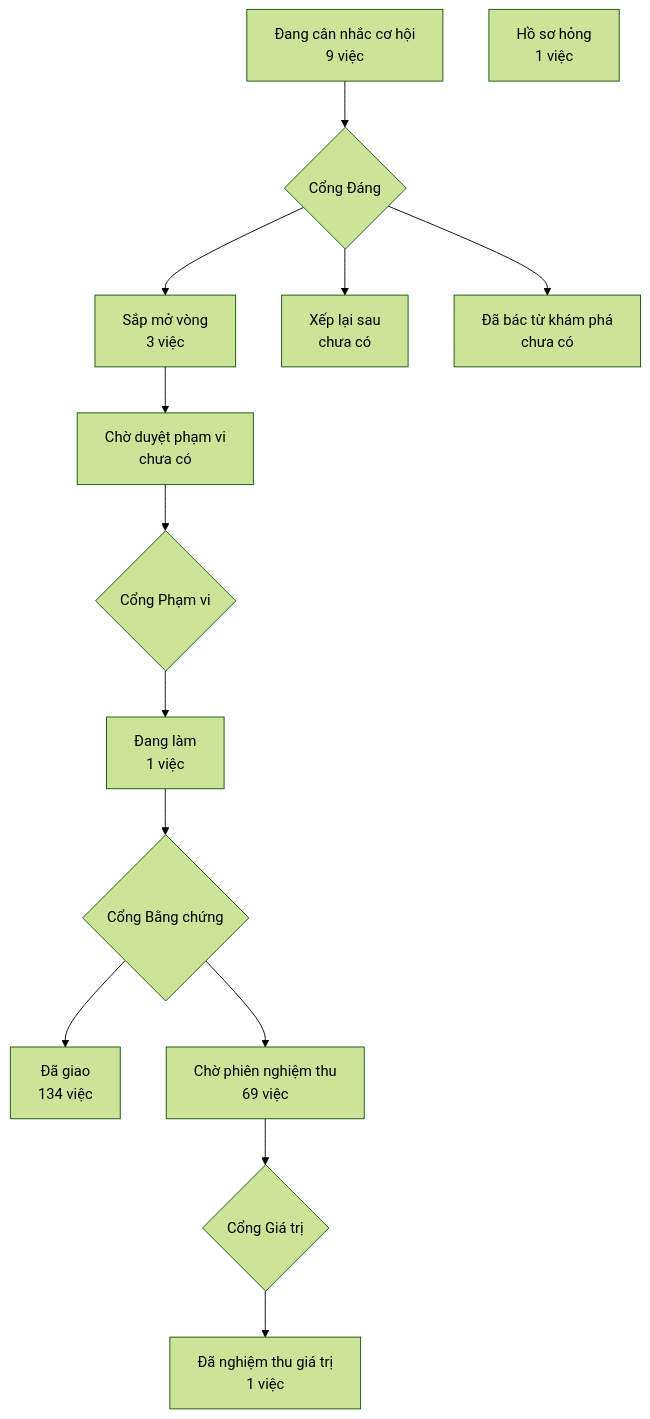
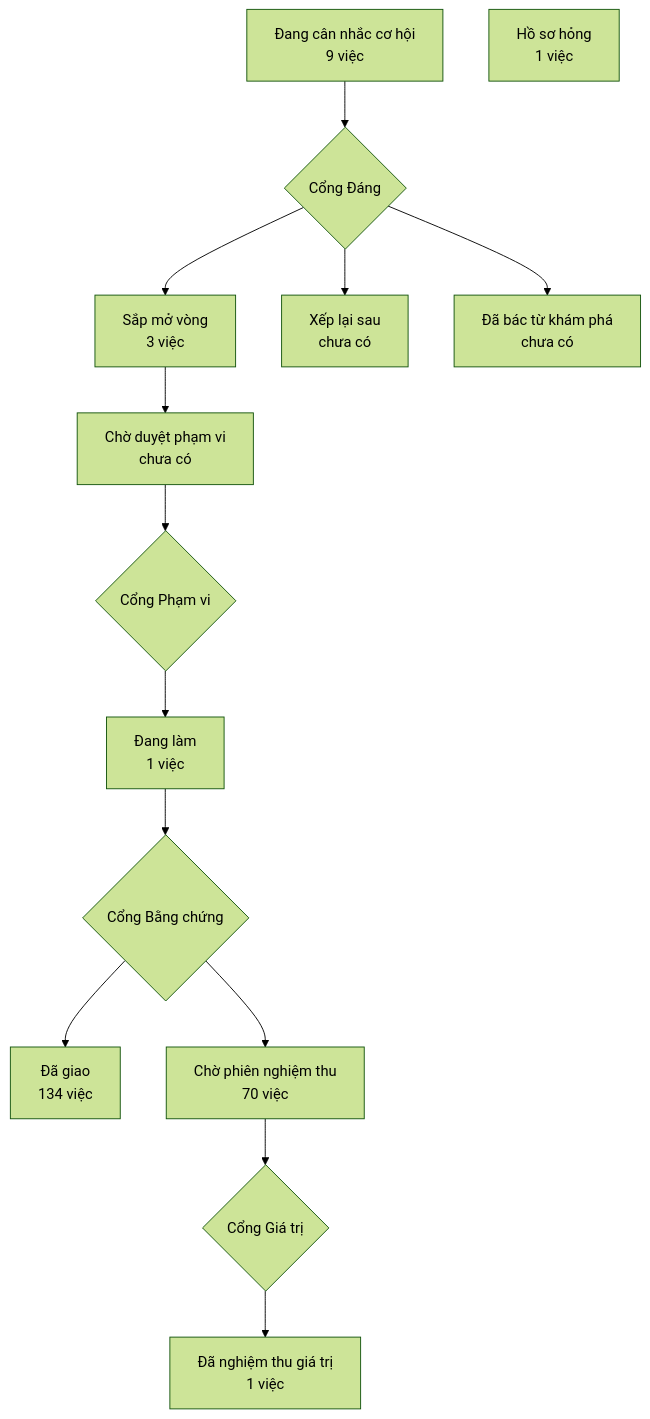
The diagram in PRODUCT-MAP.md (phanlemanh/crm-onehub), drawn with Mermaid (forest theme) before and after one commit. The commit also changed 1 other file, not shown here.

Commit message:
chore: vẽ lại bản đồ sản phẩm từ bản sạch sau gộp onehub dbc6d30e

````diff
--- a/PRODUCT-MAP.md
+++ b/PRODUCT-MAP.md
@@ -7,13 +7,13 @@
 ```mermaid
 flowchart TD
   A["Đang cân nhắc cơ hội<br/>9 việc"] --> GD{"Cổng Đáng"}
   GD --> B["Sắp mở vòng<br/>3 việc"]
   GD --> XL["Xếp lại sau<br/>chưa có"]
   GD --> DB["Đã bác từ khám phá<br/>chưa có"]
   B --> CD["Chờ duyệt phạm vi<br/>chưa có"] --> GP{"Cổng Phạm vi"}
   GP --> DL["Đang làm<br/>1 việc"] --> GB{"Cổng Bằng chứng"}
   GB --> DG["Đã giao<br/>134 việc"]
-  GB --> CN["Chờ phiên nghiệm thu<br/>69 việc"] --> GG{"Cổng Giá trị"}
+  GB --> CN["Chờ phiên nghiệm thu<br/>70 việc"] --> GG{"Cổng Giá trị"}
   GG --> NT["Đã nghiệm thu giá trị<br/>1 việc"]
   HS["Hồ sơ hỏng<br/>1 việc"]
 ```
````
